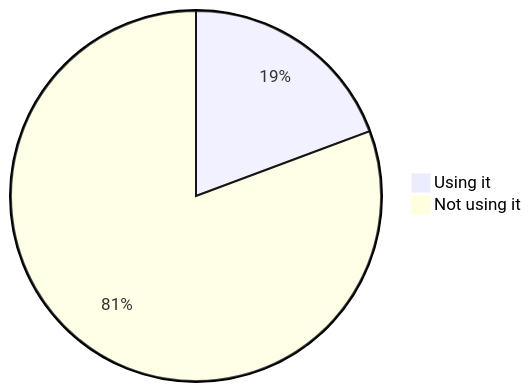
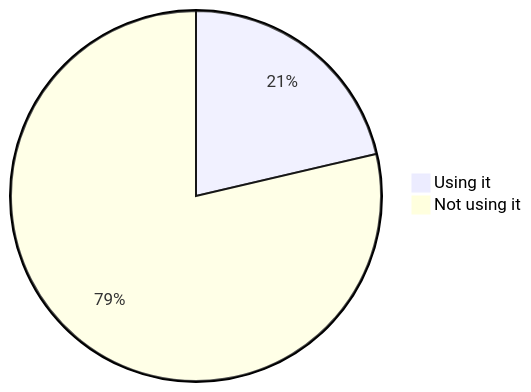
Before and after one commit to oshp/oshp-stats: diagram 18 of 22 in stats.md, drawn with Mermaid. The commit also changed other lines of this file, not shown here.

````diff
--- a/stats.md
+++ b/stats.md
@@ -214,6 +214,6 @@
 ```mermaid
 pie
-	"Using it" : 19.32
-	"Not using it" : 80.68
+	"Using it" : 21.35
+	"Not using it" : 78.65
 
 ```
````
